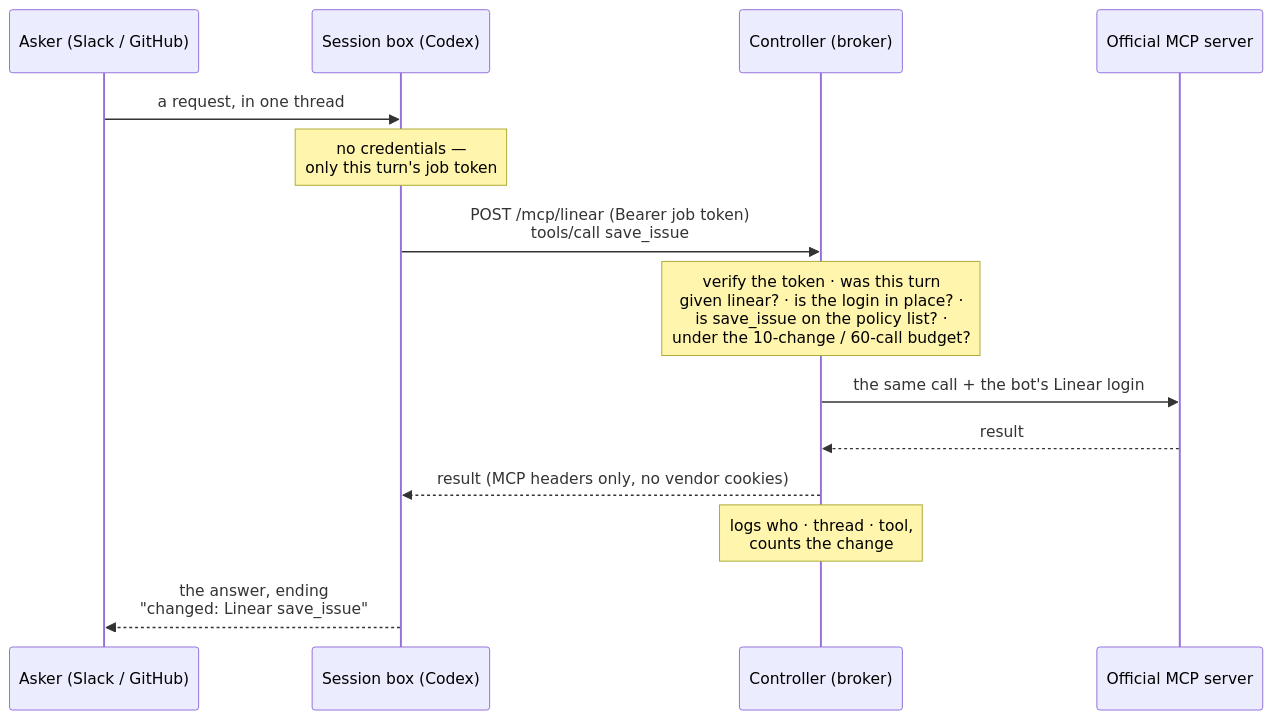
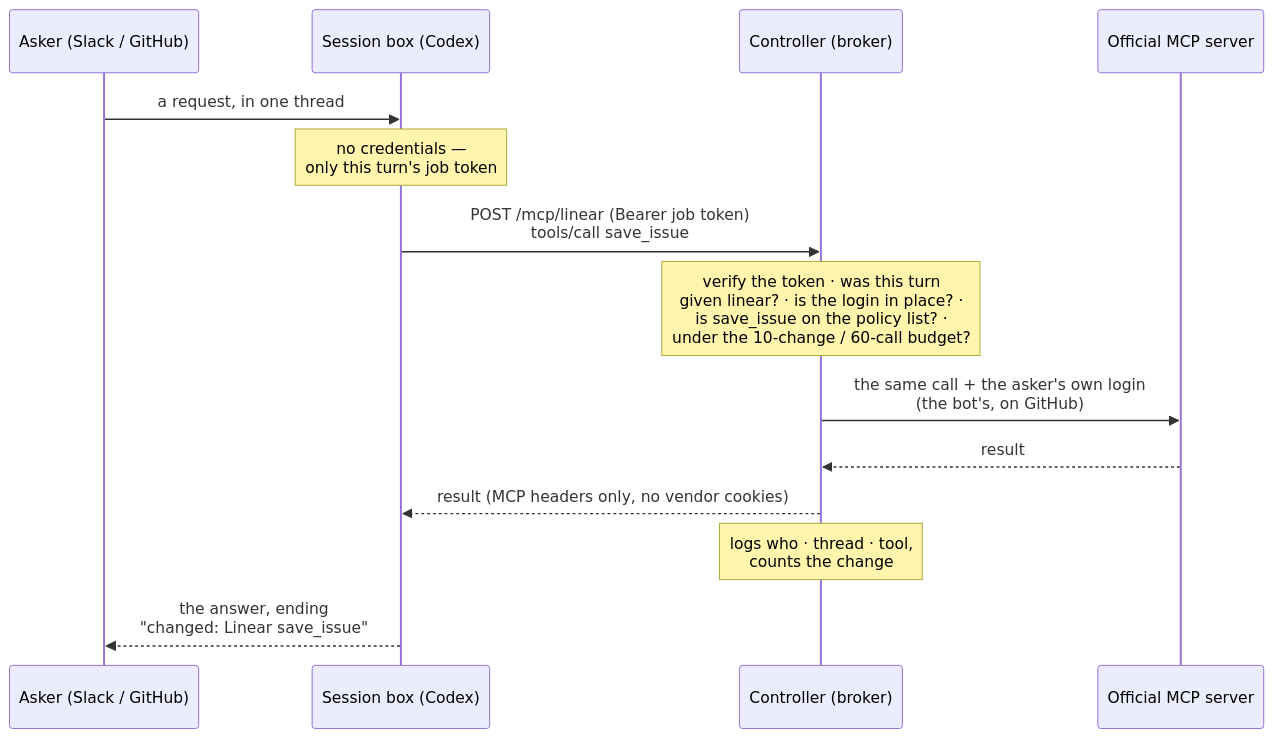
One commit to boxlite-ai/boxlite-github-agent changed the diagram in README.md. Above: the diagram before and after it, drawn with Mermaid. The commit also changed other lines of this file and 10 other files, not shown here.

````diff
--- a/README.md
+++ b/README.md
@@ -205,16 +209,16 @@
 ```mermaid
 sequenceDiagram
     participant A as Asker (Slack / GitHub)
     participant B as Session box (Codex)
     participant C as Controller (broker)
     participant S as Official MCP server
     A->>B: a request, in one thread
     Note over B: no credentials —<br/>only this turn's job token
     B->>C: POST /mcp/linear (Bearer job token)<br/>tools/call save_issue
     Note over C: verify the token · was this turn<br/>given linear? · is the login in place? ·<br/>is save_issue on the policy list? ·<br/>under the 10-change / 60-call budget?
-    C->>S: the same call + the bot's Linear login
+    C->>S: the same call + the asker's own login<br/>(the bot's, on GitHub)
     S-->>C: result
     C-->>B: result (MCP headers only, no vendor cookies)
     Note over C: logs who · thread · tool,<br/>counts the change
     B-->>A: the answer, ending<br/>"changed: Linear save_issue"
 ```
````
